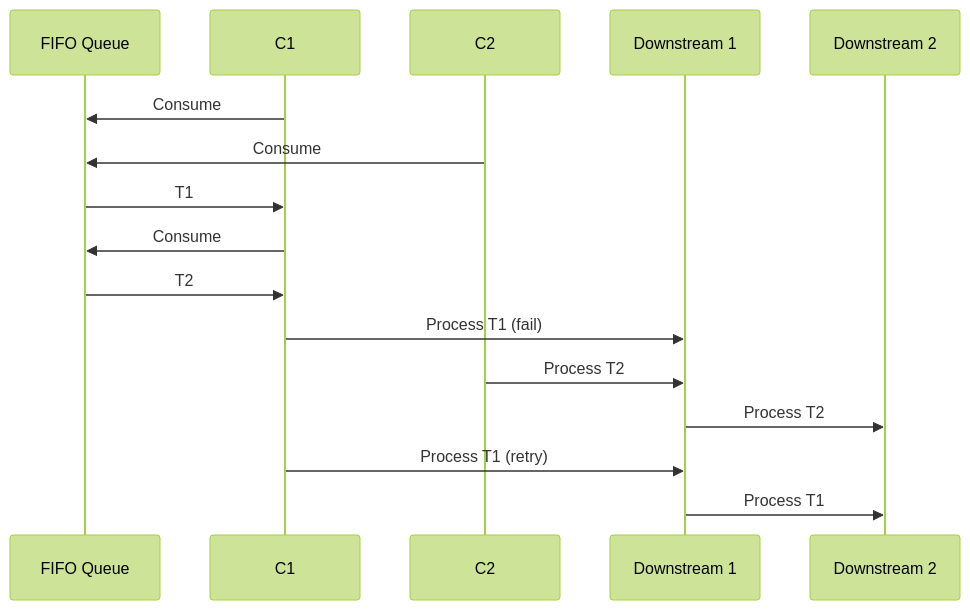
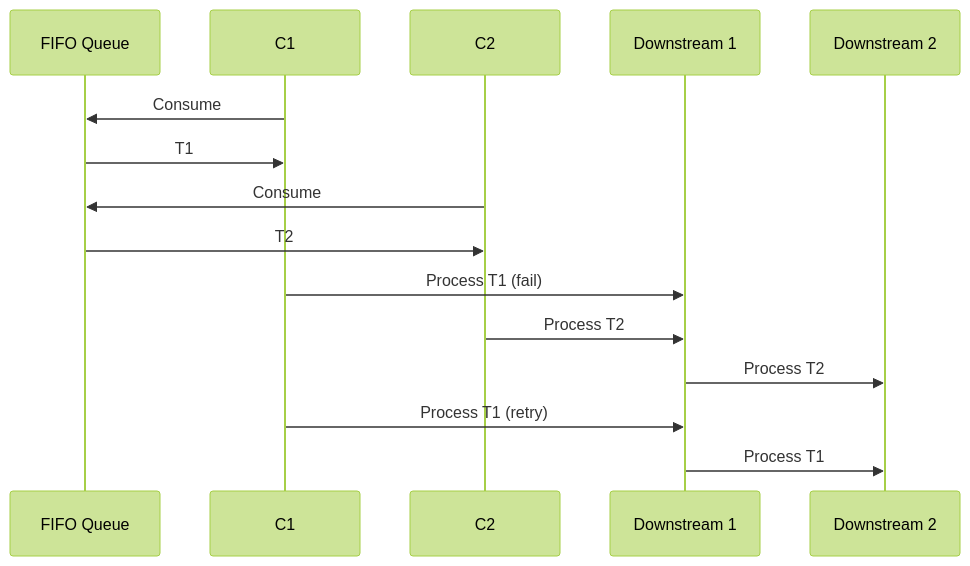
Before and after one commit to vp89/vp89.github.io: the second of 4 diagrams in _posts/2020-08-23-sqs-fifo-not-so-fast.md, drawn with Mermaid (forest theme).

```diff
--- a/_posts/2020-08-23-sqs-fifo-not-so-fast.md
+++ b/_posts/2020-08-23-sqs-fifo-not-so-fast.md
@@ -45,18 +45,17 @@
 <div class="mermaid">
 sequenceDiagram
     participant FIFO Queue
     participant C1
     participant C2
     participant Downstream 1
     participant Downstream 2
     C1->>FIFO Queue: Consume
+    FIFO Queue->>C1: T1
     C2->>FIFO Queue: Consume
-    FIFO Queue->>C1: T1
-    C1->>FIFO Queue: Consume
-    FIFO Queue->>C1: T2
+    FIFO Queue->>C2: T2
     C1->>Downstream 1:Process T1 (fail)
     C2->>Downstream 1:Process T2
     Downstream 1->>Downstream 2:Process T2
     C1->>Downstream 1:Process T1 (retry)
     Downstream 1->>Downstream 2:Process T1
 </div>
```
